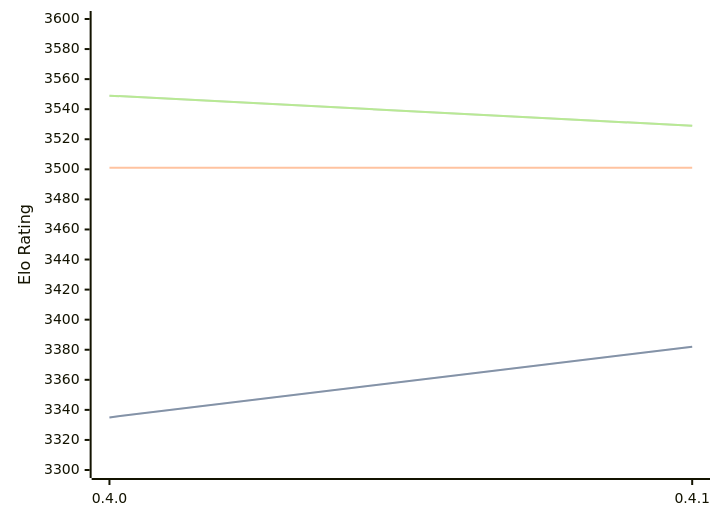
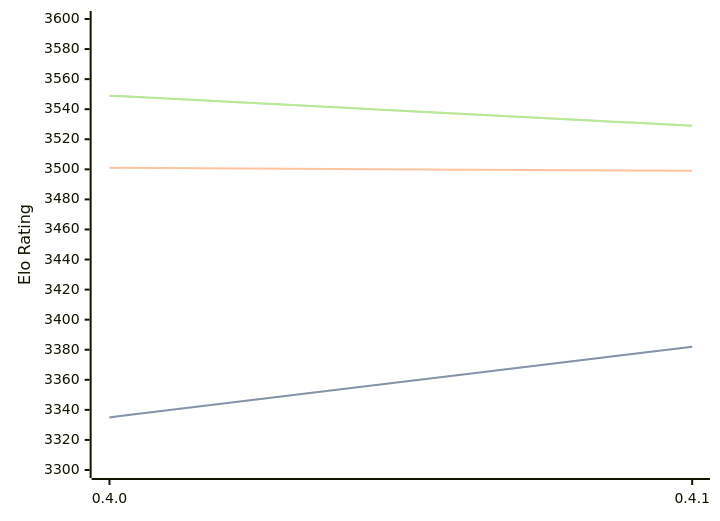
One commit to computer-chess-index/cci changed the diagram in engines/Cinder.md. Above: the diagram before and after it, drawn with Mermaid. The commit also changed other lines of this file, not shown here.

````diff
--- a/engines/Cinder.md
+++ b/engines/Cinder.md
@@ -40,11 +40,11 @@
 ```mermaid
 %%{init: {"theme":"base","themeVariables":{"seriesColors:['#a3a3a3','#222221','#faa371']}}}%%
 xychart-beta
   x-axis ["0.4.0", "0.4.1"]
   y-axis "Elo Rating" 3300 --> 3600
   line "STC (8.0+0.08s)" [3335, 3382]
   line "STC (8.0+0.08s)" [3335, 3382]
-  line "LTC (60.0+0.60s)" [3501, 3501]
+  line "LTC (60.0+0.60s)" [3501, 3499]
   line "VLTC (2m24s+1.12s)" [3549, 3529]
   line "VLTC (2m24s+1.12s)" [3549, 3529]
 ```
````
